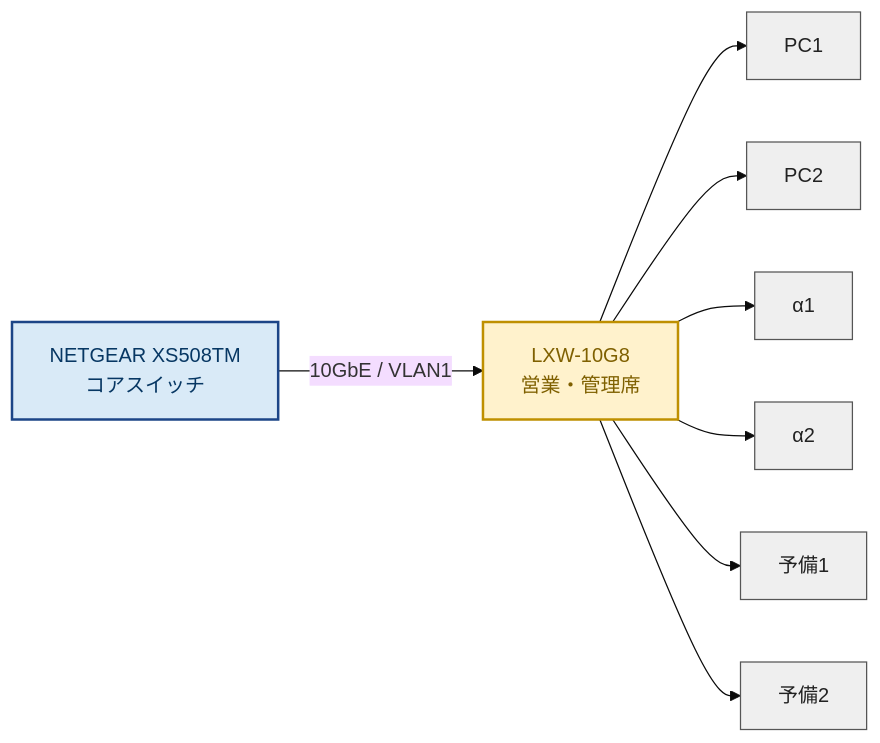
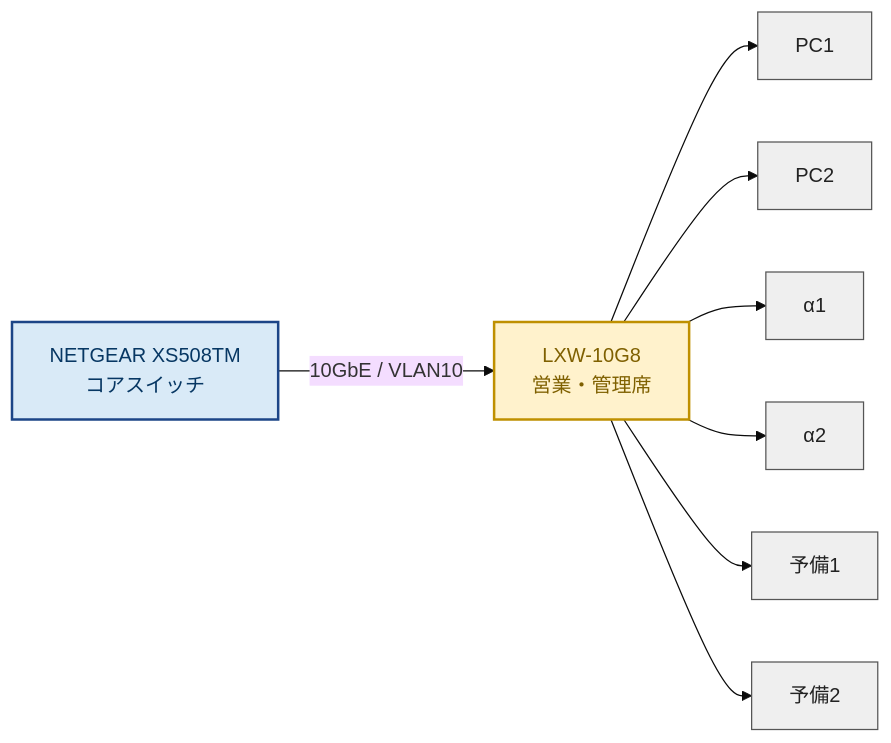
The fourth of 4 diagrams in 02_Note/社内ネットワーク更改/社内LANネットワーク設定.md (yohira-repo/Obsidian-Vault), drawn with Mermaid (base theme) before and after one commit. The commit also changed other lines of this file and 22 other files, not shown here.

````diff
--- a/02_Note/社内ネットワーク更改/社内LANネットワーク設定.md
+++ b/02_Note/社内ネットワーク更改/社内LANネットワーク設定.md
@@ -362,23 +366,23 @@
 ```mermaid
 flowchart LR
     classDef core fill:#d9eaf7,stroke:#1c4587,stroke-width:2px,color:#073763;
     classDef vlan1 fill:#fff2cc,stroke:#bf9000,stroke-width:2px,color:#7f6000;
     classDef device fill:#efefef,stroke:#555555,stroke-width:1px,color:#222222;
 
     CORE["NETGEAR XS508TM\nコアスイッチ"]:::core
     SW["LXW-10G8\n営業・管理席"]:::vlan1
     PC1["PC1"]:::device
     PC2["PC2"]:::device
     SP1["α1"]:::device
     SP2["α2"]:::device
     SP3["予備1"]:::device
     SP4["予備2"]:::device
 
-    CORE -- "10GbE / VLAN1" --> SW
+    CORE -- "10GbE / VLAN10" --> SW
     SW --> PC1
     SW --> PC2
     SW --> SP1
     SW --> SP2
     SW --> SP3
     SW --> SP4
 ```
````
